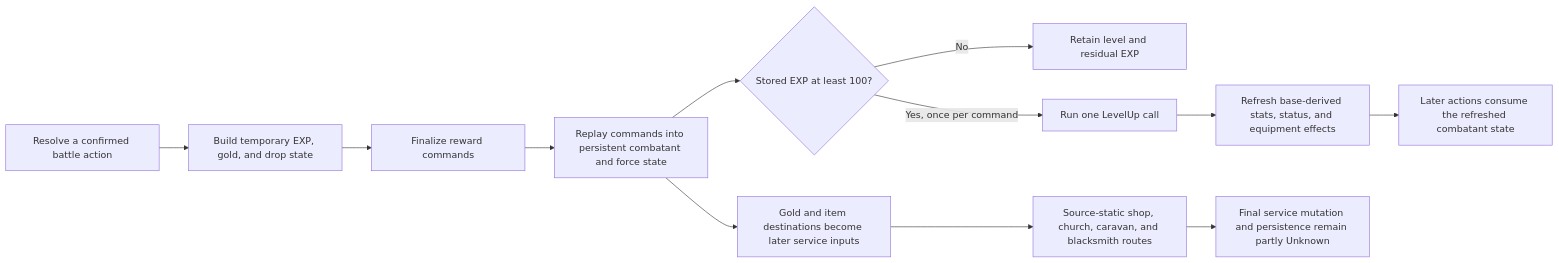
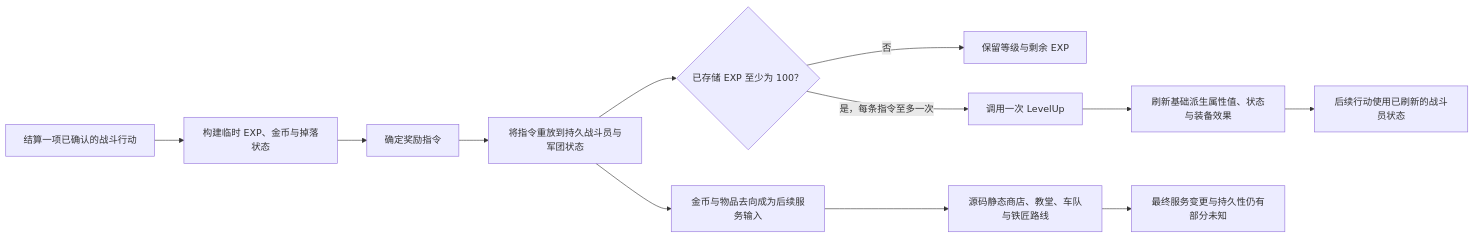
Before and after one commit to FrankHZ/md-sf2-reverse-engineering: the diagram in docs/design/zh-CN/progression-and-economy.md, drawn with Mermaid. The commit also changed other lines of this file and 15 other files, not shown here.

````diff
--- a/docs/design/zh-CN/progression-and-economy.md
+++ b/docs/design/zh-CN/progression-and-economy.md
@@ -68,14 +68,14 @@
 ```mermaid
 flowchart LR
-    action["Resolve a confirmed battle action"] --> build["Build temporary EXP, gold, and drop state"]
-    build --> finalize["Finalize reward commands"]
-    finalize --> replay["Replay commands into persistent combatant and force state"]
-    replay --> threshold{"Stored EXP at least 100?"}
-    threshold -->|"No"| retained["Retain level and residual EXP"]
-    threshold -->|"Yes, once per command"| levelup["Run one LevelUp call"]
-    levelup --> refresh["Refresh base-derived stats, status, and equipment effects"]
-    refresh --> future["Later actions consume the refreshed combatant state"]
-    replay --> economy["Gold and item destinations become later service inputs"]
-    economy --> service["Source-static shop, church, caravan, and blacksmith routes"]
-    service --> unknown["Final service mutation and persistence remain partly Unknown"]
+    action["结算一项已确认的战斗行动"] --> build["构建临时 EXP、金币与掉落状态"]
+    build --> finalize["确定奖励指令"]
+    finalize --> replay["将指令重放到持久战斗员与军团状态"]
+    replay --> threshold{"已存储 EXP 至少为 100？"}
+    threshold -->|"否"| retained["保留等级与剩余 EXP"]
+    threshold -->|"是，每条指令至多一次"| levelup["调用一次 LevelUp"]
+    levelup --> refresh["刷新基础派生属性值、状态与装备效果"]
+    refresh --> future["后续行动使用已刷新的战斗员状态"]
+    replay --> economy["金币与物品去向成为后续服务输入"]
+    economy --> service["源码静态商店、教堂、车队与铁匠路线"]
+    service --> unknown["最终服务变更与持久性仍有部分未知"]
 ```
````
